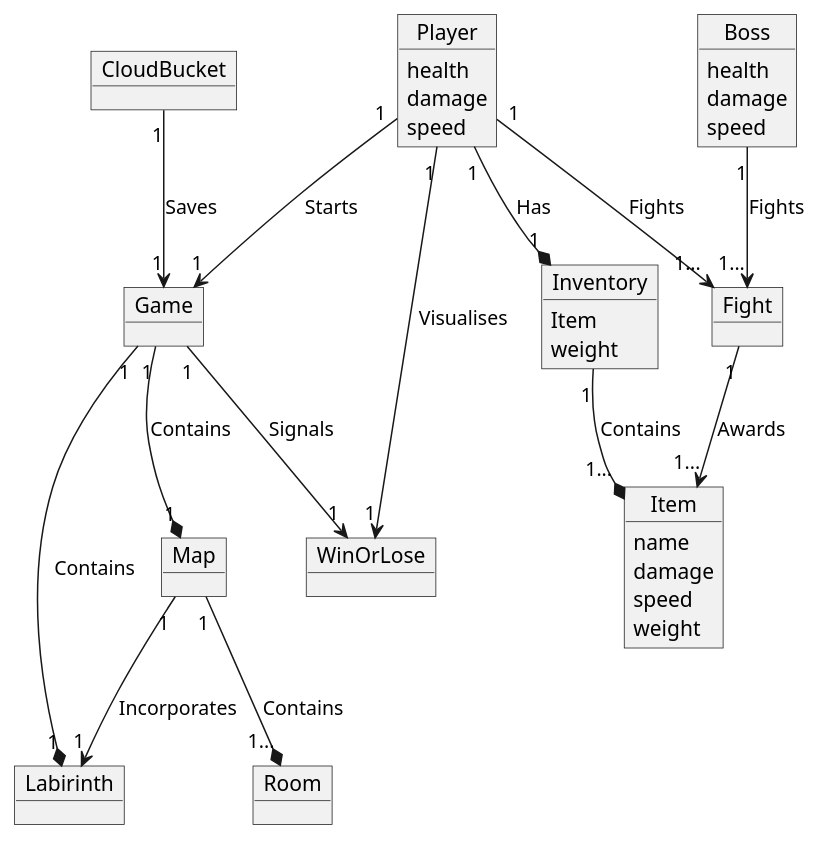
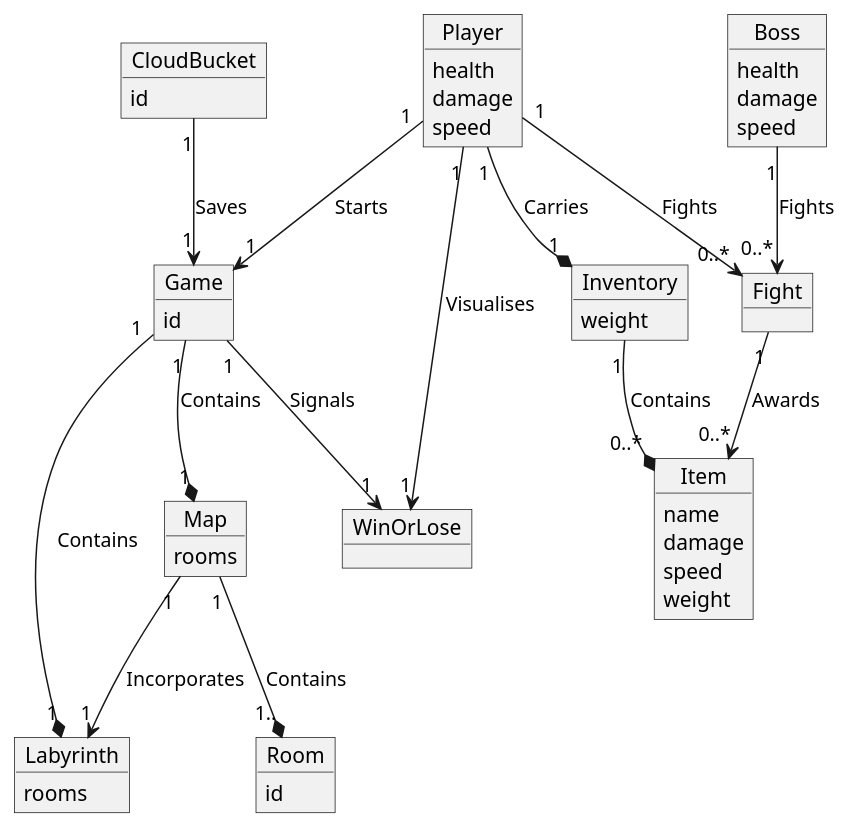
Before and after one commit to 1smaa/progettoedids: the diagram in Domain_model.md, drawn with PlantUML. The commit also changed other lines of this file, not shown here.

````diff
--- a/Domain_model.md
+++ b/Domain_model.md
@@ -7,45 +7,54 @@
 ```plantuml
 @startuml
 object Player {
     health
     damage
     speed
 }
 object Boss {
     health
     damage
     speed
 }
 object Inventory {
-    Item
     weight
 }
-Object Item {
+object Item {
     name
     damage
     speed
     weight
 }
-Object Labirinth 
-Object Game
-Object Map
-Object Room
-Object CloudBucket
-Object Fight
-Object WinOrLose
+object Labyrinth {
+    rooms
+}
+object Game {
+    id
+}
+object Map {
+    rooms
+}
+object Room {
+    id
+}
+object CloudBucket {
+    id
+}
+object Fight
+object WinOrLose
 
-Game "1" --* "1" Labirinth : Contains
+Game "1" --* "1" Labyrinth : Contains
 Game "1" --* "1" Map : Contains
-Map "1" --* "1..." Room : Contains
-Map "1" --> "1" Labirinth : Incorporates
-Inventory "1" --* "1..." Item : Contains
-Player "1" --> "1..." Fight : Fights
-Boss "1" --> "1..." Fight : Fights
-Player "1" --* "1" Inventory : Has
-Fight "1" --> "1..." Item : Awards
+Map "1" --* "1.." Room : Contains
+Map "1" --> "1" Labyrinth : Incorporates
+Inventory "1" --* "0..*" Item : Contains
+Player "1" --> "0..*" Fight : Fights
+Boss "1" --> "0..*" Fight : Fights
+Player "1" --* "1" Inventory : Carries
+Fight "1" --> "0..*" Item : Awards
 Player "1" --> "1" Game : Starts
 Game "1" --> "1" WinOrLose : Signals
 Player "1" --> "1" WinOrLose : Visualises
 CloudBucket "1" --> "1" Game : Saves
 @enduml
 ```
````
